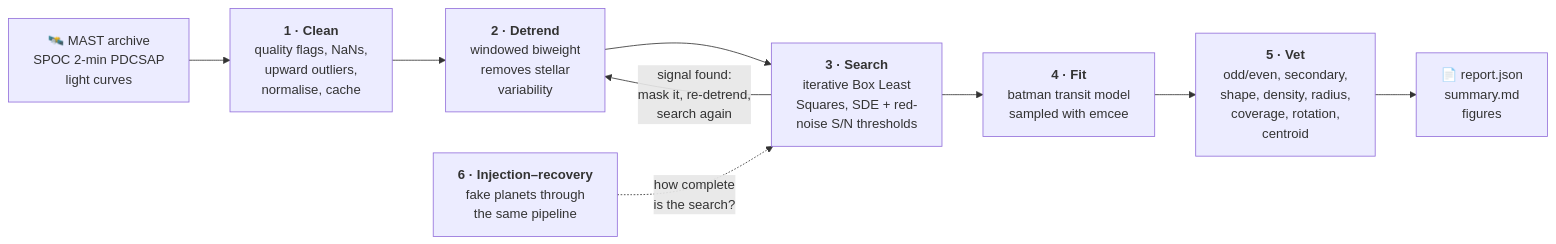
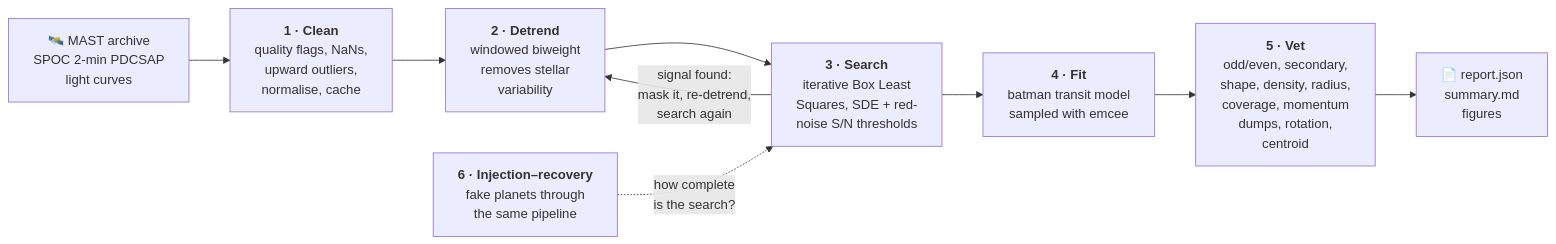
One commit to Comdex4/tess-transit-hunter changed the first of 3 diagrams in README.md. Above: the diagram before and after it, drawn with Mermaid. The commit also changed other lines of this file and 10 other files, not shown here.

````diff
--- a/README.md
+++ b/README.md
@@ -123,11 +123,11 @@
 ```mermaid
 flowchart LR
     A["🛰️ MAST archive<br/>SPOC 2-min PDCSAP<br/>light curves"] --> B["<b>1 · Clean</b><br/>quality flags, NaNs,<br/>upward outliers,<br/>normalise, cache"]
     B --> C["<b>2 · Detrend</b><br/>windowed biweight<br/>removes stellar<br/>variability"]
     C --> D["<b>3 · Search</b><br/>iterative Box Least<br/>Squares, SDE + red-<br/>noise S/N thresholds"]
     D -->|"signal found:<br/>mask it, re-detrend,<br/>search again"| C
     D --> E["<b>4 · Fit</b><br/>batman transit model<br/>sampled with emcee"]
-    E --> F["<b>5 · Vet</b><br/>odd/even, secondary,<br/>shape, density, radius,<br/>coverage, rotation,<br/>centroid"]
+    E --> F["<b>5 · Vet</b><br/>odd/even, secondary,<br/>shape, density, radius,<br/>coverage, momentum<br/>dumps, rotation,<br/>centroid"]
     F --> G["📄 report.json<br/>summary.md<br/>figures"]
     H["<b>6 · Injection–recovery</b><br/>fake planets through<br/>the same pipeline"] -.->|"how complete<br/>is the search?"| D
 ```
````
